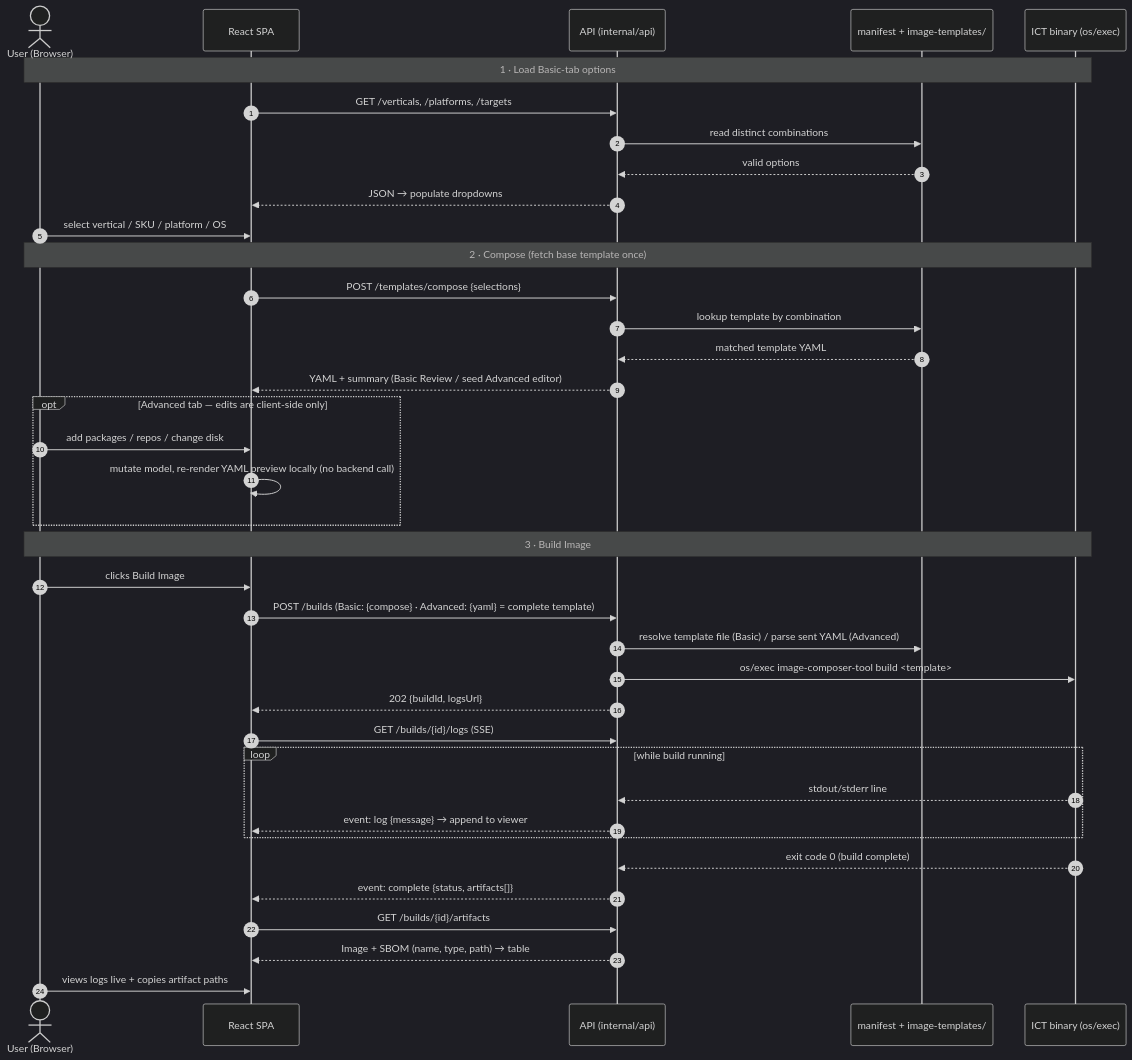
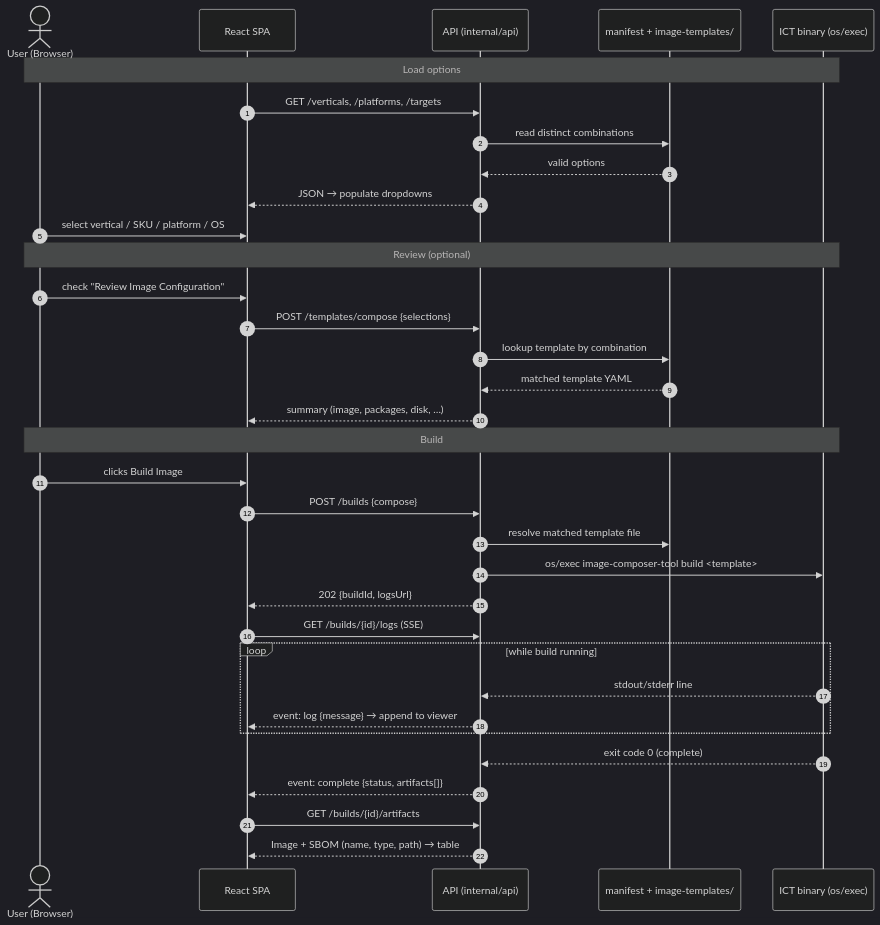
Before and after one commit to open-edge-platform/image-composer-tool: the first of 2 diagrams in docs/architecture/adr-web-ui-tech-stack.md, drawn with Mermaid (dark theme). The commit also changed other lines of this file and 1 other file, not shown here.

First line of the commit message:
split Basic/Advanced sequence diagrams; add validate endpoint

````diff
--- a/docs/architecture/adr-web-ui-tech-stack.md
+++ b/docs/architecture/adr-web-ui-tech-stack.md
@@ -70,43 +70,39 @@
 ```mermaid
 sequenceDiagram
     autonumber
     actor U as User (Browser)
     participant SPA as React SPA
     participant API as API (internal/api)
     participant M as manifest + image-templates/
     participant ICT as ICT binary (os/exec)
 
-    Note over U,ICT: 1 · Load Basic-tab options
+    Note over U,ICT: Load options
     SPA->>API: GET /verticals, /platforms, /targets
     API->>M: read distinct combinations
     M-->>API: valid options
     API-->>SPA: JSON → populate dropdowns
     U->>SPA: select vertical / SKU / platform / OS
 
-    Note over U,ICT: 2 · Compose (fetch base template once)
+    Note over U,ICT: Review (optional)
+    U->>SPA: check "Review Image Configuration"
     SPA->>API: POST /templates/compose {selections}
     API->>M: lookup template by combination
     M-->>API: matched template YAML
-    API-->>SPA: YAML + summary (Basic Review / seed Advanced editor)
-    opt Advanced tab — edits are client-side only
-        U->>SPA: add packages / repos / change disk
-        SPA->>SPA: mutate model, re-render YAML preview locally (no backend call)
-    end
+    API-->>SPA: summary (image, packages, disk, …)
 
-    Note over U,ICT: 3 · Build Image
+    Note over U,ICT: Build
     U->>SPA: clicks Build Image
-    SPA->>API: POST /builds  (Basic: {compose} · Advanced: {yaml} = complete template)
-    API->>M: resolve template file (Basic) / parse sent YAML (Advanced)
+    SPA->>API: POST /builds {compose}
+    API->>M: resolve matched template file
     API->>ICT: os/exec image-composer-tool build <template>
     API-->>SPA: 202 {buildId, logsUrl}
     SPA->>API: GET /builds/{id}/logs (SSE)
     loop while build running
         ICT-->>API: stdout/stderr line
         API-->>SPA: event: log {message} → append to viewer
     end
-    ICT-->>API: exit code 0 (build complete)
+    ICT-->>API: exit code 0 (complete)
     API-->>SPA: event: complete {status, artifacts[]}
     SPA->>API: GET /builds/{id}/artifacts
     API-->>SPA: Image + SBOM (name, type, path) → table
-    U->>SPA: views logs live + copies artifact paths
 ```
````
